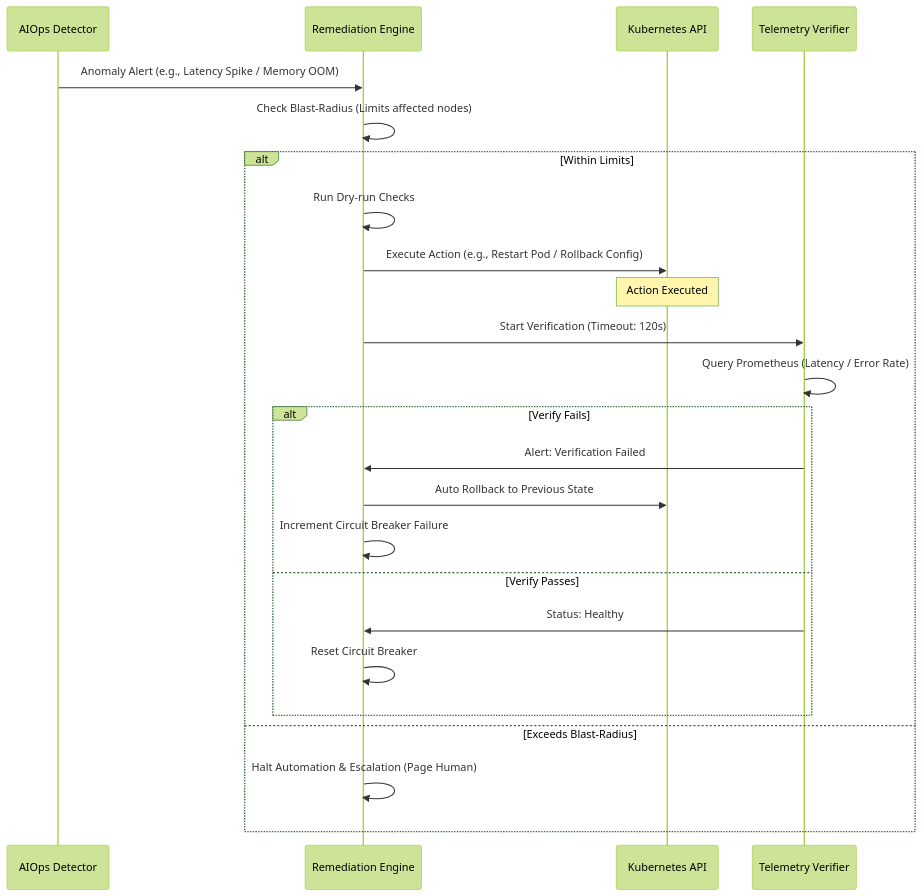
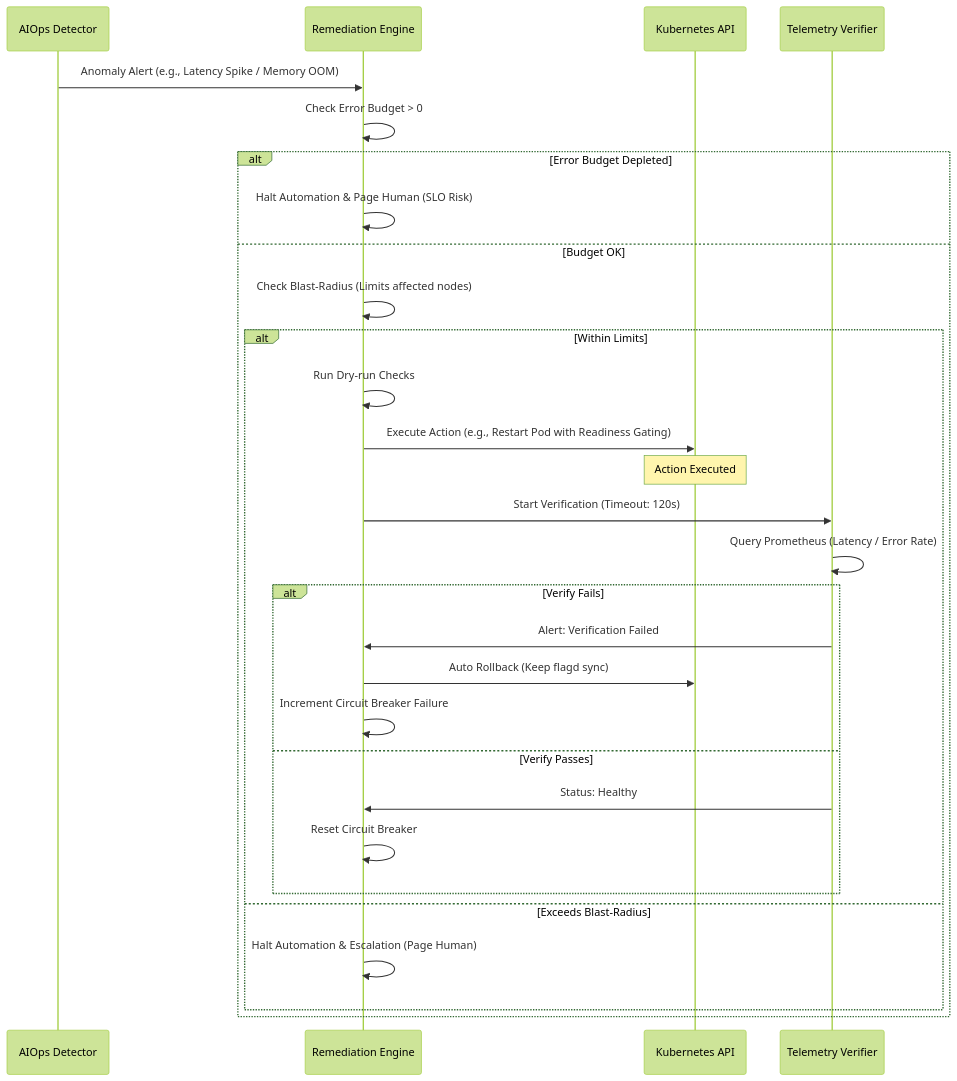
The diagram in docs/ai/specs/anomaly_remediation.md (nguyenductien-qnm/capstone-phase-3), drawn with Mermaid (forest theme) before and after one commit. The commit also changed other lines of this file, not shown here.

Commit message:
Bổ sung thêm các mục cần thiết

````diff
--- a/docs/ai/specs/anomaly_remediation.md
+++ b/docs/ai/specs/anomaly_remediation.md
@@ -11,27 +11,32 @@
 ```mermaid
 sequenceDiagram
     participant Monitor as AIOps Detector
     participant Engine as Remediation Engine
     participant K8s as Kubernetes API
     participant Verify as Telemetry Verifier
 
     Monitor->>Engine: Anomaly Alert (e.g., Latency Spike / Memory OOM)
-    Engine->>Engine: Check Blast-Radius (Limits affected nodes)
-    alt Within Limits
-        Engine->>Engine: Run Dry-run Checks
-        Engine->>K8s: Execute Action (e.g., Restart Pod / Rollback Config)
-        Note over K8s: Action Executed
-        Engine->>Verify: Start Verification (Timeout: 120s)
-        Verify->>Verify: Query Prometheus (Latency / Error Rate)
-        alt Verify Fails
-            Verify->>Engine: Alert: Verification Failed
-            Engine->>K8s: Auto Rollback to Previous State
-            Engine->>Engine: Increment Circuit Breaker Failure
-        else Verify Passes
-            Verify->>Engine: Status: Healthy
-            Engine->>Engine: Reset Circuit Breaker
+    Engine->>Engine: Check Error Budget > 0
+    alt Error Budget Depleted
+        Engine->>Engine: Halt Automation & Page Human (SLO Risk)
+    else Budget OK
+        Engine->>Engine: Check Blast-Radius (Limits affected nodes)
+        alt Within Limits
+            Engine->>Engine: Run Dry-run Checks
+            Engine->>K8s: Execute Action (e.g., Restart Pod with Readiness Gating)
+            Note over K8s: Action Executed
+            Engine->>Verify: Start Verification (Timeout: 120s)
+            Verify->>Verify: Query Prometheus (Latency / Error Rate)
+            alt Verify Fails
+                Verify->>Engine: Alert: Verification Failed
+                Engine->>K8s: Auto Rollback (Keep flagd sync)
+                Engine->>Engine: Increment Circuit Breaker Failure
+            else Verify Passes
+                Verify->>Engine: Status: Healthy
+                Engine->>Engine: Reset Circuit Breaker
+            end
+        else Exceeds Blast-Radius
+            Engine->>Engine: Halt Automation & Escalation (Page Human)
         end
-    else Exceeds Blast-Radius
-        Engine->>Engine: Halt Automation & Escalation (Page Human)
     end
 ```
````
